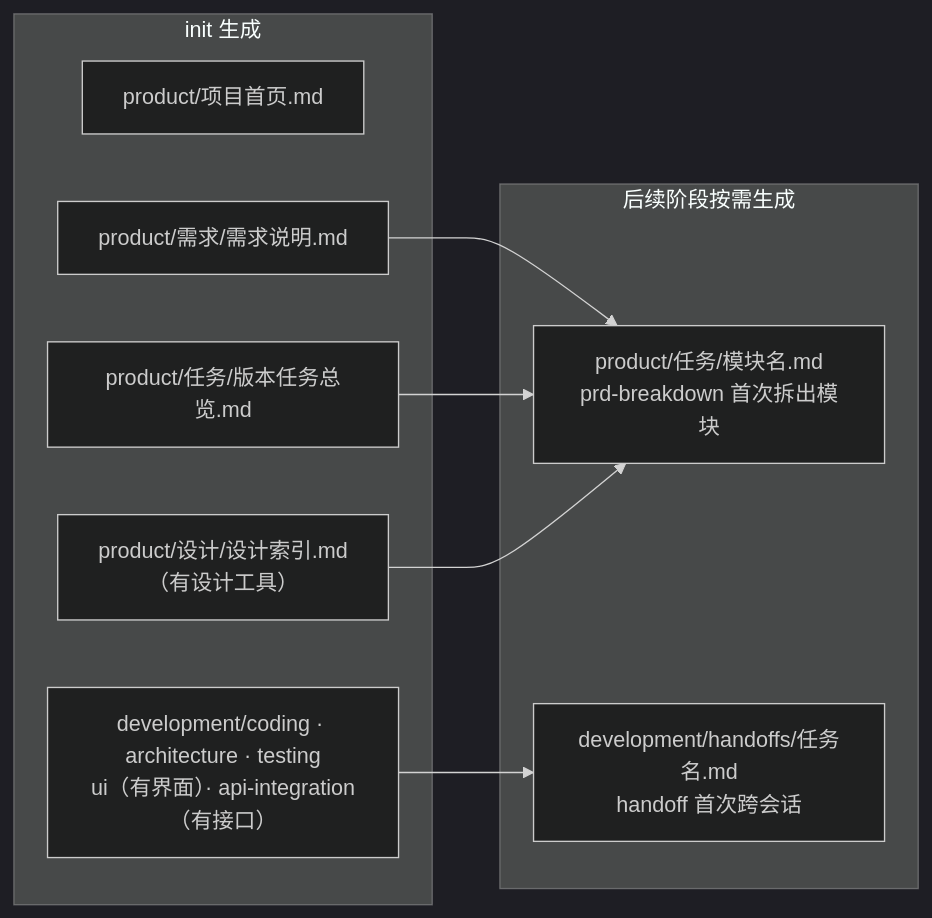
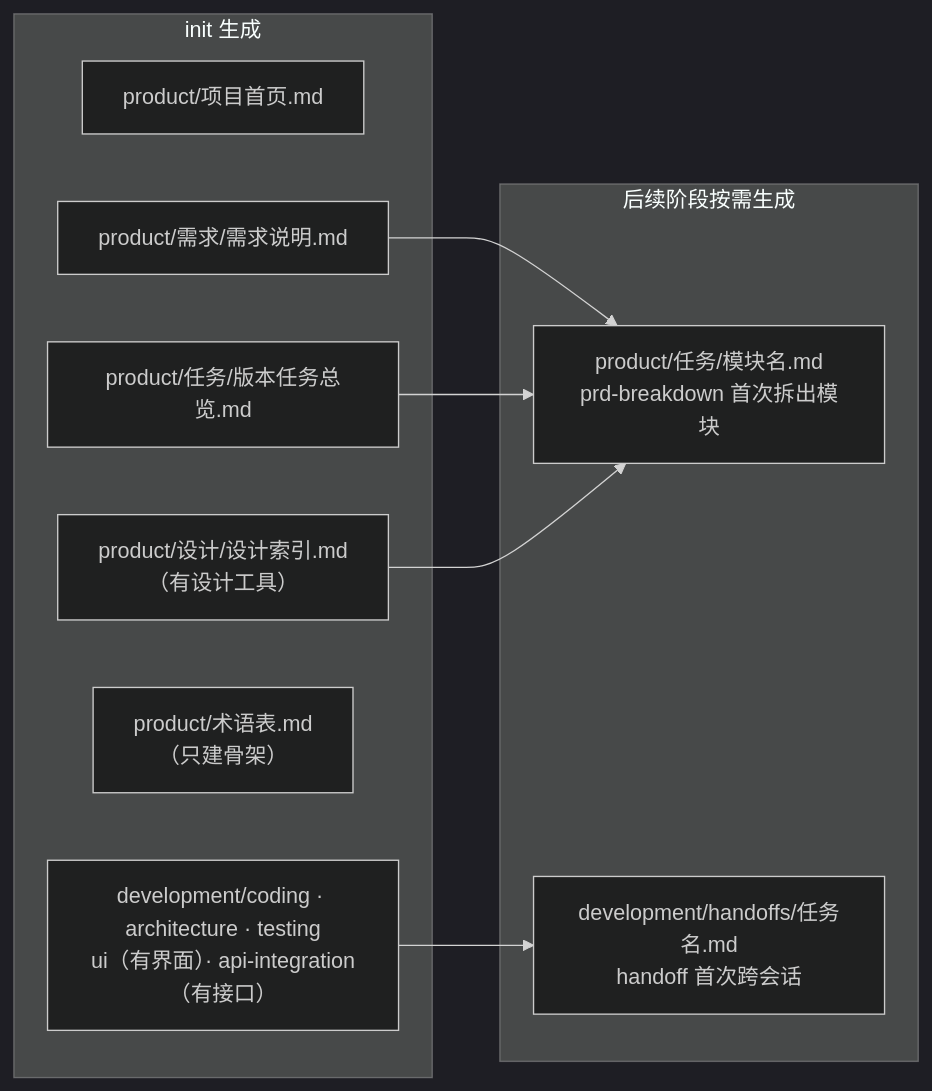
Before and after one commit to lvzhiyi/randian-ai-workflow-native: the eighth of 9 diagrams in README.md, drawn with Mermaid (dark theme). The commit also changed other lines of this file and 21 other files, not shown here.

````diff
--- a/README.md
+++ b/README.md
@@ -271,18 +271,19 @@
 ```mermaid
 flowchart LR
     subgraph INIT["init 生成"]
         H["product/项目首页.md"]
         R["product/需求/需求说明.md"]
         O["product/任务/版本任务总览.md"]
         DI["product/设计/设计索引.md<br/>（有设计工具）"]
+        GL["product/术语表.md<br/>（只建骨架）"]
         E["development/coding · architecture · testing<br/>ui（有界面）· api-integration（有接口）"]
     end
     subgraph LATER["后续阶段按需生成"]
         C["product/任务/模块名.md<br/>prd-breakdown 首次拆出模块"]
         HO["development/handoffs/任务名.md<br/>handoff 首次跨会话"]
     end
     R --> C
     O --> C
     DI --> C
     E --> HO
 ```
````
